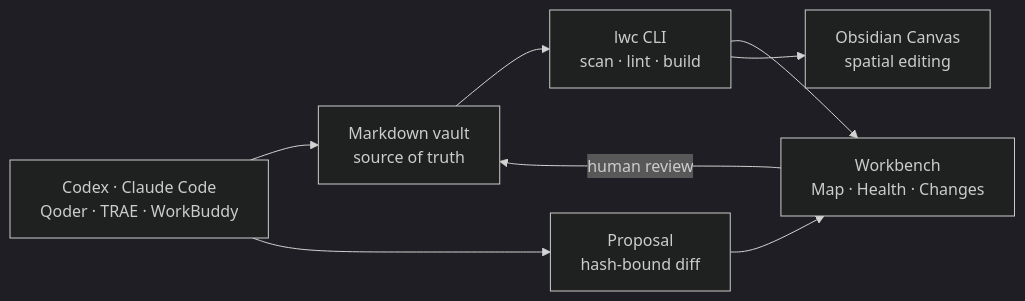
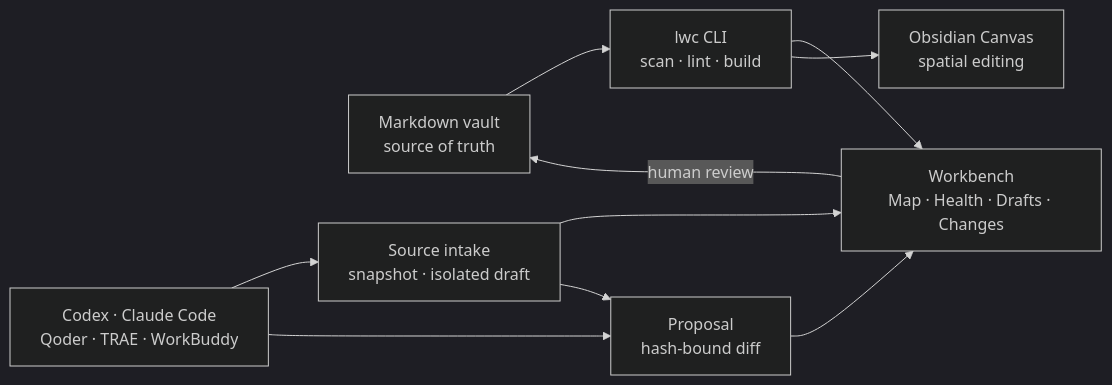
One commit to chicogong/llm-wiki-canvas changed the diagram in ROADMAP.md. Above: the diagram before and after it, drawn with Mermaid (dark theme). The commit also changed other lines of this file and 18 other files, not shown here.

Commit message:
Add source draft workbench

````diff
--- a/ROADMAP.md
+++ b/ROADMAP.md
@@ -9,10 +9,12 @@
 ```mermaid
 flowchart LR
   A["Markdown vault<br/>source of truth"] --> B["lwc CLI<br/>scan · lint · build"]
-  B --> C["Workbench<br/>Map · Health · Changes"]
+  B --> C["Workbench<br/>Map · Health · Drafts · Changes"]
   B --> D["Obsidian Canvas<br/>spatial editing"]
-  E["Codex · Claude Code<br/>Qoder · TRAE · WorkBuddy"] --> A
+  E["Codex · Claude Code<br/>Qoder · TRAE · WorkBuddy"] --> G["Source intake<br/>snapshot · isolated draft"]
+  G --> C
+  G --> F
   E --> F["Proposal<br/>hash-bound diff"]
   F --> C
   C -->|"human review"| A
 ```
````
